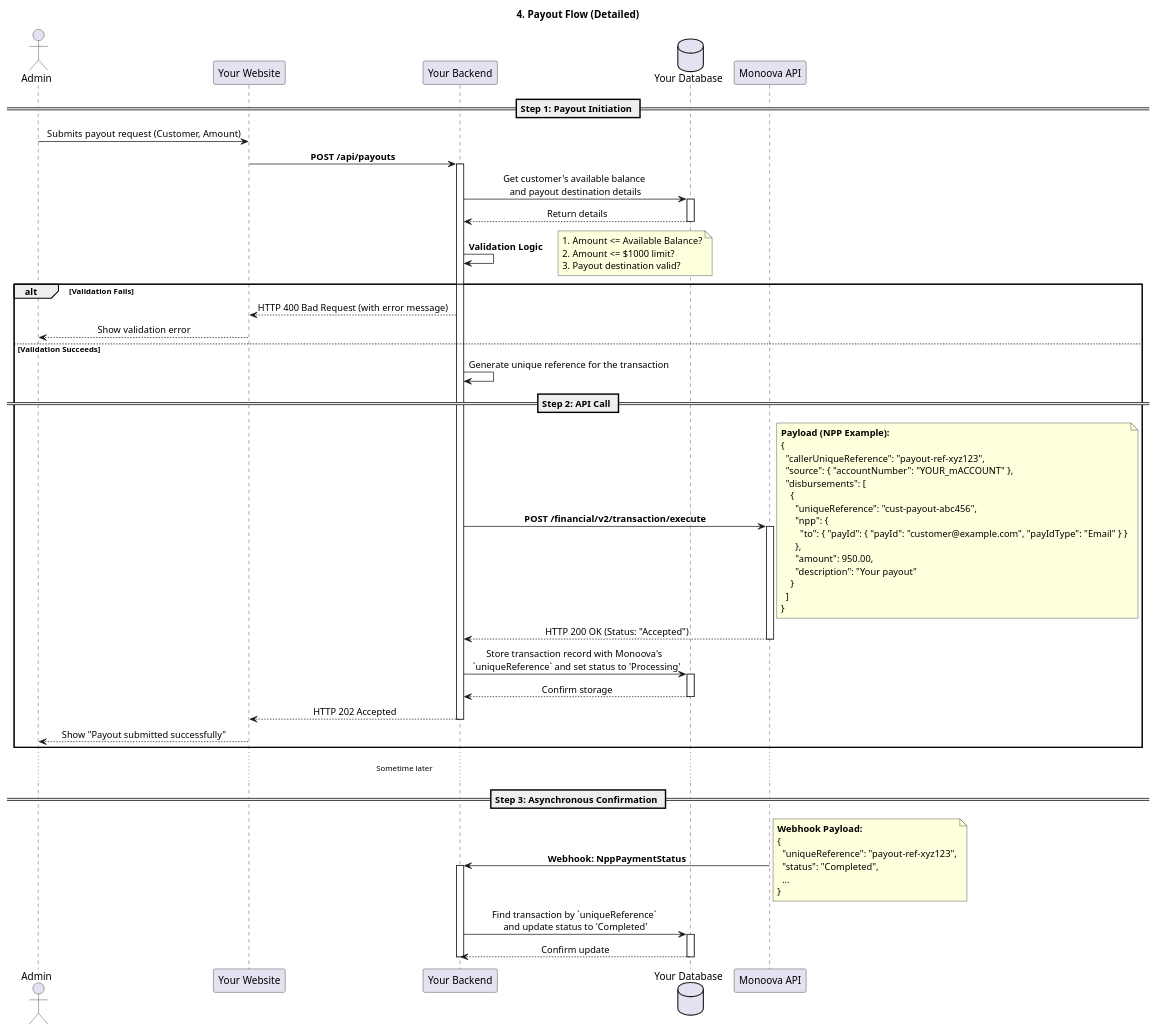
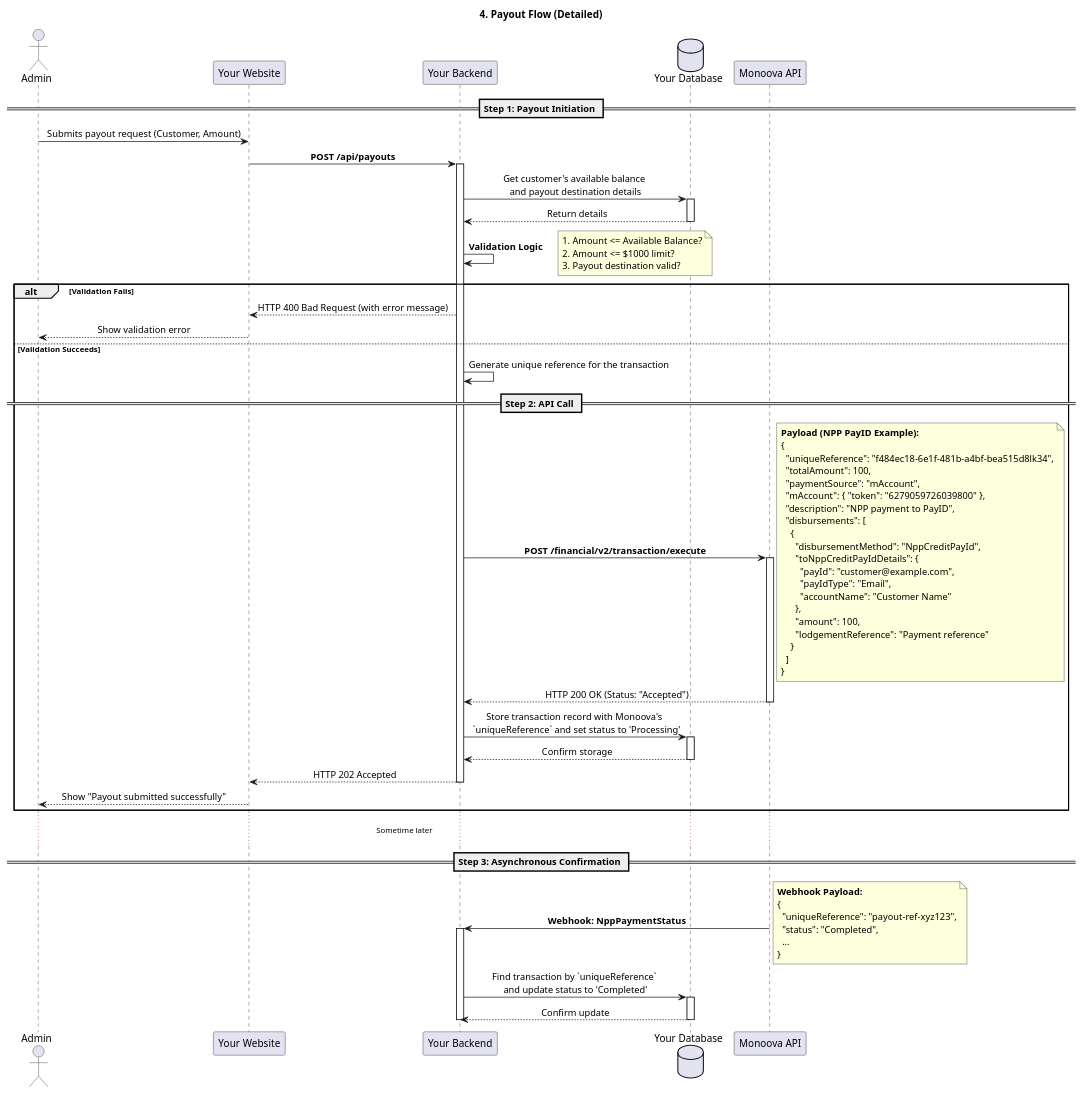
The diagram in monoova_integration/docs/payout_flow.plantuml (hhsiddiqui1/cli_tools), drawn with PlantUML before and after one commit. The commit also changed 55 other files, not shown here.

```diff
--- a/monoova_integration/docs/payout_flow.plantuml
+++ b/monoova_integration/docs/payout_flow.plantuml
@@ -1,91 +1,96 @@
 @startuml
 title 4. Payout Flow (Detailed)
 
 actor "Admin" as Admin
 participant "Your Website" as Website
 participant "Your Backend" as Backend
 database "Your Database" as DB
 participant "Monoova API" as Monoova
 
 skinparam sequenceMessageAlign center
 
 == Step 1: Payout Initiation ==
 
 Admin -> Website: Submits payout request (Customer, Amount)
 Website -> Backend: **POST /api/payouts**
 activate Backend
 
 Backend -> DB: Get customer's available balance \nand payout destination details
 activate DB
 DB --> Backend: Return details
 deactivate DB
 
 Backend -> Backend: **Validation Logic**
 note right
   1. Amount <= Available Balance?
   2. Amount <= $1000 limit?
   3. Payout destination valid?
 end note
 
 alt Validation Fails
     Backend --> Website: HTTP 400 Bad Request (with error message)
     Website --> Admin: Show validation error
 else Validation Succeeds
     Backend -> Backend: Generate unique reference for the transaction
 
     == Step 2: API Call ==
 
     Backend -> Monoova: **POST /financial/v2/transaction/execute**
     activate Monoova
     note right
-      **Payload (NPP Example):**
+      **Payload (NPP PayID Example):**
       {
-        "callerUniqueReference": "payout-ref-xyz123",
-        "source": { "accountNumber": "YOUR_mACCOUNT" },
+        "uniqueReference": "f484ec18-6e1f-481b-a4bf-bea515d8lk34",
+        "totalAmount": 100,
+        "paymentSource": "mAccount",
+        "mAccount": { "token": "6279059726039800" },
+        "description": "NPP payment to PayID",
         "disbursements": [
           {
-            "uniqueReference": "cust-payout-abc456",
-            "npp": {
-              "to": { "payId": { "payId": "customer@example.com", "payIdType": "Email" } }
+            "disbursementMethod": "NppCreditPayId",
+            "toNppCreditPayIdDetails": {
+              "payId": "customer@example.com",
+              "payIdType": "Email",
+              "accountName": "Customer Name"
             },
-            "amount": 950.00,
-            "description": "Your payout"
+            "amount": 100,
+            "lodgementReference": "Payment reference"
           }
         ]
       }
     end note
     Monoova --> Backend: HTTP 200 OK (Status: "Accepted")
     deactivate Monoova
 
     Backend -> DB: Store transaction record with Monoova's \n `uniqueReference` and set status to 'Processing'
     activate DB
     DB --> Backend: Confirm storage
     deactivate DB
 
     Backend --> Website: HTTP 202 Accepted
     deactivate Backend
     Website --> Admin: Show "Payout submitted successfully"
 end
 
 ... Sometime later ...
 
 == Step 3: Asynchronous Confirmation ==
 
 Monoova -> Backend: **Webhook: NppPaymentStatus**
 activate Backend
 note right
   **Webhook Payload:**
   {
     "uniqueReference": "payout-ref-xyz123",
     "status": "Completed",
     ...
   }
 end note
 
 Backend -> DB: Find transaction by `uniqueReference` \nand update status to 'Completed'
 activate DB
 DB --> Backend: Confirm update
 deactivate DB
 deactivate Backend
 
 @enduml
```
